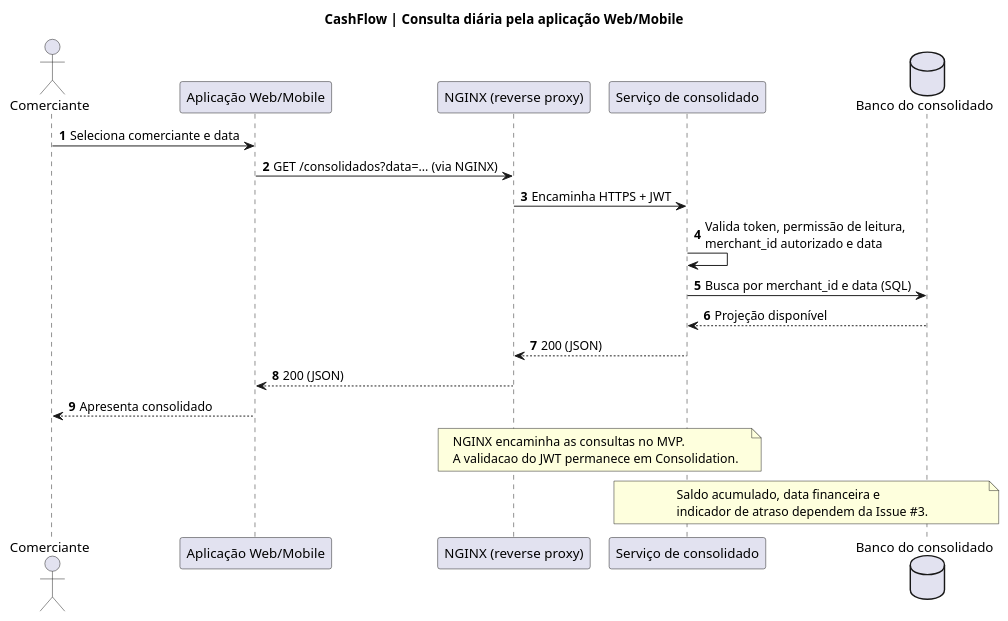
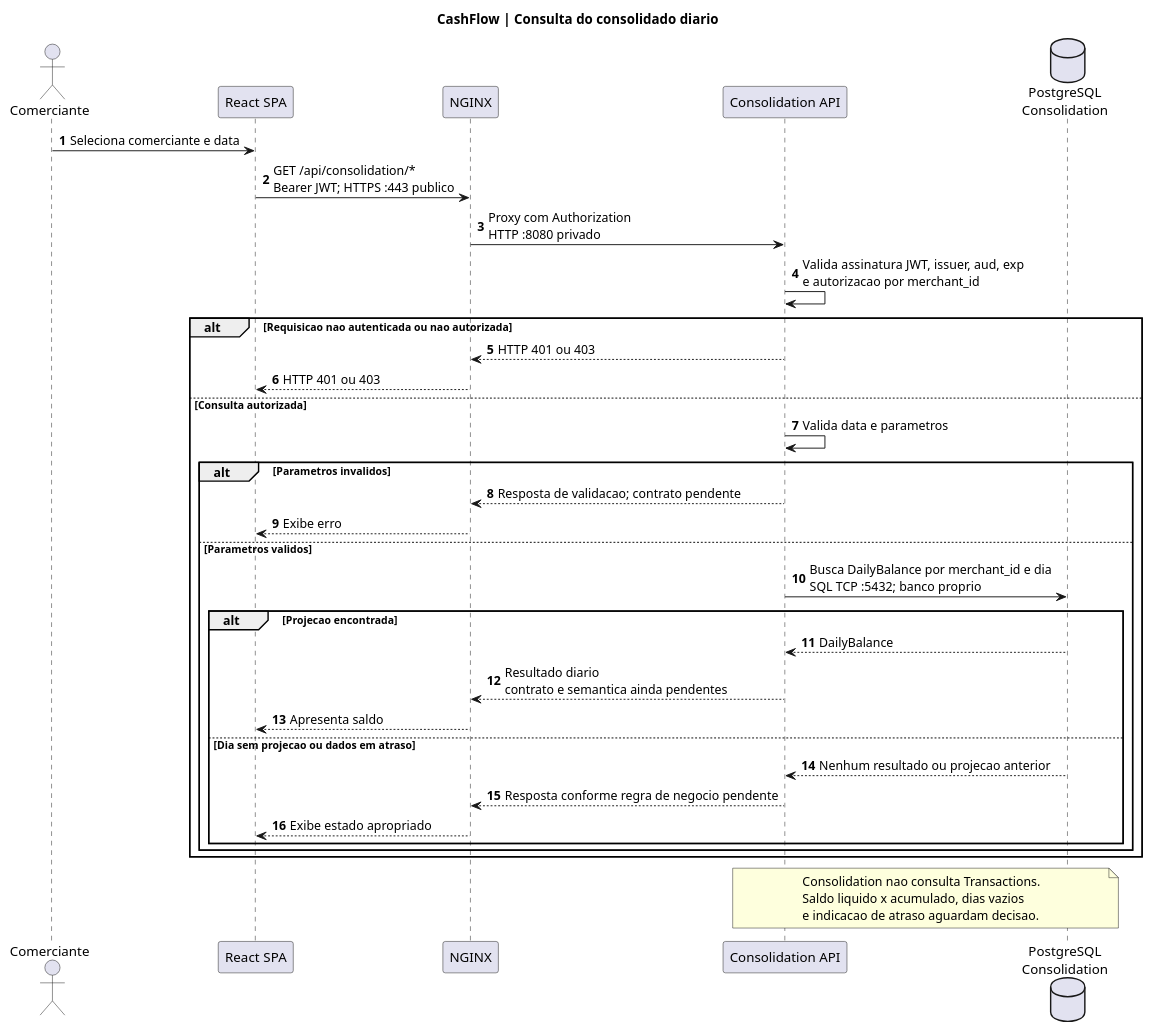
One commit to wolwerr/CashFlow-Architecture changed the diagram in docs/architecture/plantuml/sequence-query.puml. Above: the diagram before and after it, drawn with PlantUML.

Commit message:
docs(validation): align sequence flow with Outbox, JWT and service boundaries (#6)

```diff
--- a/docs/architecture/plantuml/sequence-query.puml
+++ b/docs/architecture/plantuml/sequence-query.puml
@@ -1,26 +1,40 @@
 @startuml CashFlow_Query
-title CashFlow | Consulta diária pela aplicação Web/Mobile
+title CashFlow | Consulta do consolidado diario
 autonumber
-actor Comerciante
-participant "Aplicação Web/Mobile" as W
-participant "NGINX (reverse proxy)" as G
-participant "Serviço de consolidado" as C
-database "Banco do consolidado" as B
-Comerciante -> W: Seleciona comerciante e data
-W -> G: GET /consolidados?data=... (via NGINX)
-G -> C: Encaminha HTTPS + JWT
-C -> C: Valida token, permissão de leitura,\nmerchant_id autorizado e data
-C -> B: Busca por merchant_id e data (SQL)
-B --> C: Projeção disponível
-C --> G: 200 (JSON)
-G --> W: 200 (JSON)
-W --> Comerciante: Apresenta consolidado
-note over G,C
-NGINX encaminha as consultas no MVP.
-A validacao do JWT permanece em Consolidation.
-end note
-note over C,B
-Saldo acumulado, data financeira e
-indicador de atraso dependem da Issue #3.
+actor Comerciante as U
+participant "React SPA" as W
+participant "NGINX" as G
+participant "Consolidation API" as C
+database "PostgreSQL\nConsolidation" as DB
+
+U -> W: Seleciona comerciante e data
+W -> G: GET /api/consolidation/*\nBearer JWT; HTTPS :443 publico
+G -> C: Proxy com Authorization\nHTTP :8080 privado
+C -> C: Valida assinatura JWT, issuer, aud, exp\ne autorizacao por merchant_id
+alt Requisicao nao autenticada ou nao autorizada
+  C --> G: HTTP 401 ou 403
+  G --> W: HTTP 401 ou 403
+else Consulta autorizada
+  C -> C: Valida data e parametros
+  alt Parametros invalidos
+    C --> G: Resposta de validacao; contrato pendente
+    G --> W: Exibe erro
+  else Parametros validos
+    C -> DB: Busca DailyBalance por merchant_id e dia\nSQL TCP :5432; banco proprio
+    alt Projecao encontrada
+      DB --> C: DailyBalance
+      C --> G: Resultado diario\ncontrato e semantica ainda pendentes
+      G --> W: Apresenta saldo
+    else Dia sem projecao ou dados em atraso
+      DB --> C: Nenhum resultado ou projecao anterior
+      C --> G: Resposta conforme regra de negocio pendente
+      G --> W: Exibe estado apropriado
+    end
+  end
+end
+note over C,DB
+Consolidation nao consulta Transactions.
+Saldo liquido x acumulado, dias vazios
+e indicacao de atraso aguardam decisao.
 end note
 @enduml
```
